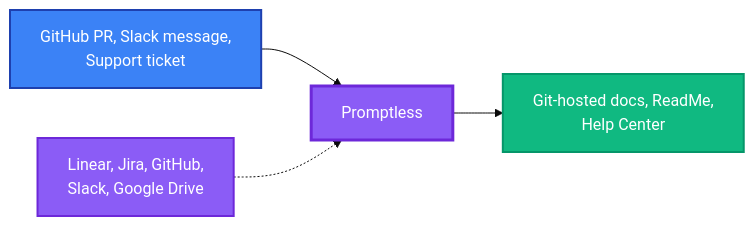
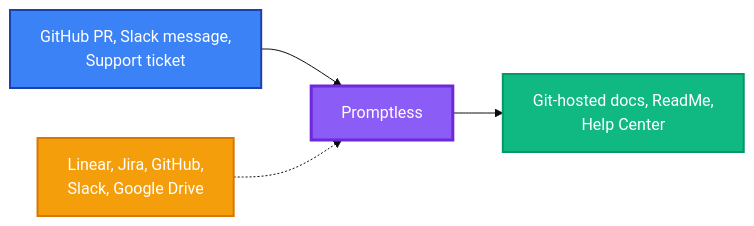
Before and after one commit to Promptless/docs: the diagram in fern/docs/index.mdx, drawn with Mermaid (base theme).

Commit message:
Sync documentation updates from Promptless agent

````diff
--- a/fern/docs/index.mdx
+++ b/fern/docs/index.mdx
@@ -26,16 +26,16 @@
 ```mermaid
 graph LR
     TRIGGERS["GitHub PR, Slack message,<br/>Support ticket"]
     CONTEXT["Linear, Jira, GitHub,<br/>Slack, Google Drive"]
     DOCS["Git-hosted docs, ReadMe,<br/>Help Center"]
     
     TRIGGERS --> PROMPTLESS
     PROMPTLESS["Promptless"]
     CONTEXT -.-> PROMPTLESS
     PROMPTLESS --> DOCS
     
     style TRIGGERS fill:#3b82f6,stroke:#1e40af,stroke-width:2px,color:#fff
-    style CONTEXT fill:#8b5cf6,stroke:#6d28d9,stroke-width:2px,color:#fff
+    style CONTEXT fill:#f59e0b,stroke:#d97706,stroke-width:2px,color:#fff
     style DOCS fill:#10b981,stroke:#059669,stroke-width:2px,color:#fff
     style PROMPTLESS fill:#8b5cf6,stroke:#6d28d9,stroke-width:3px,color:#fff
 ```
````
